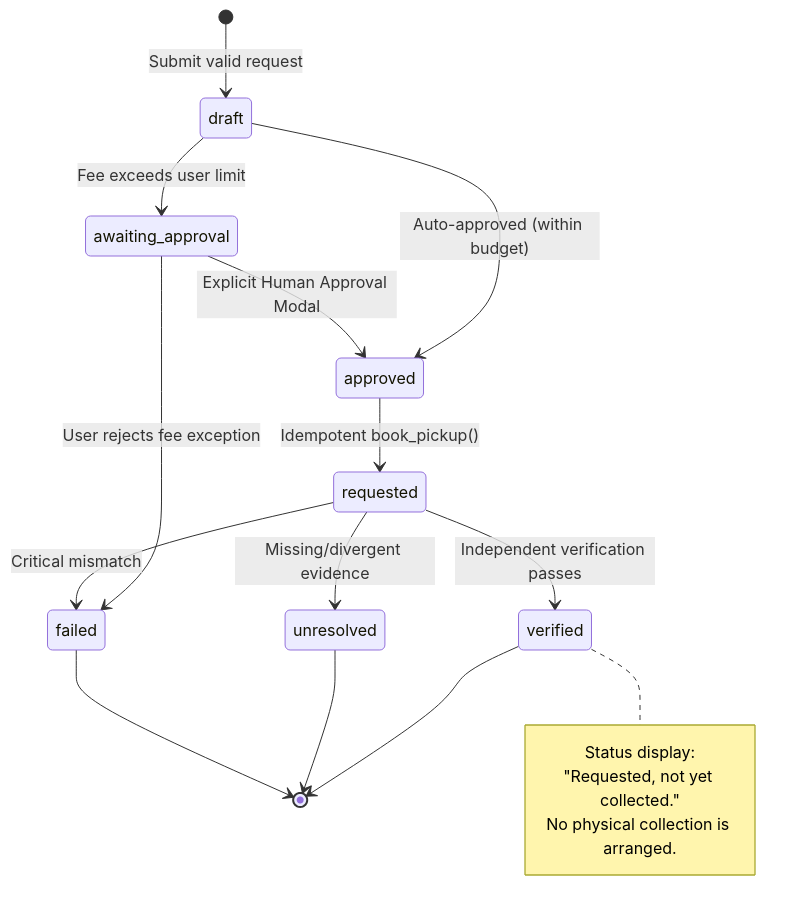
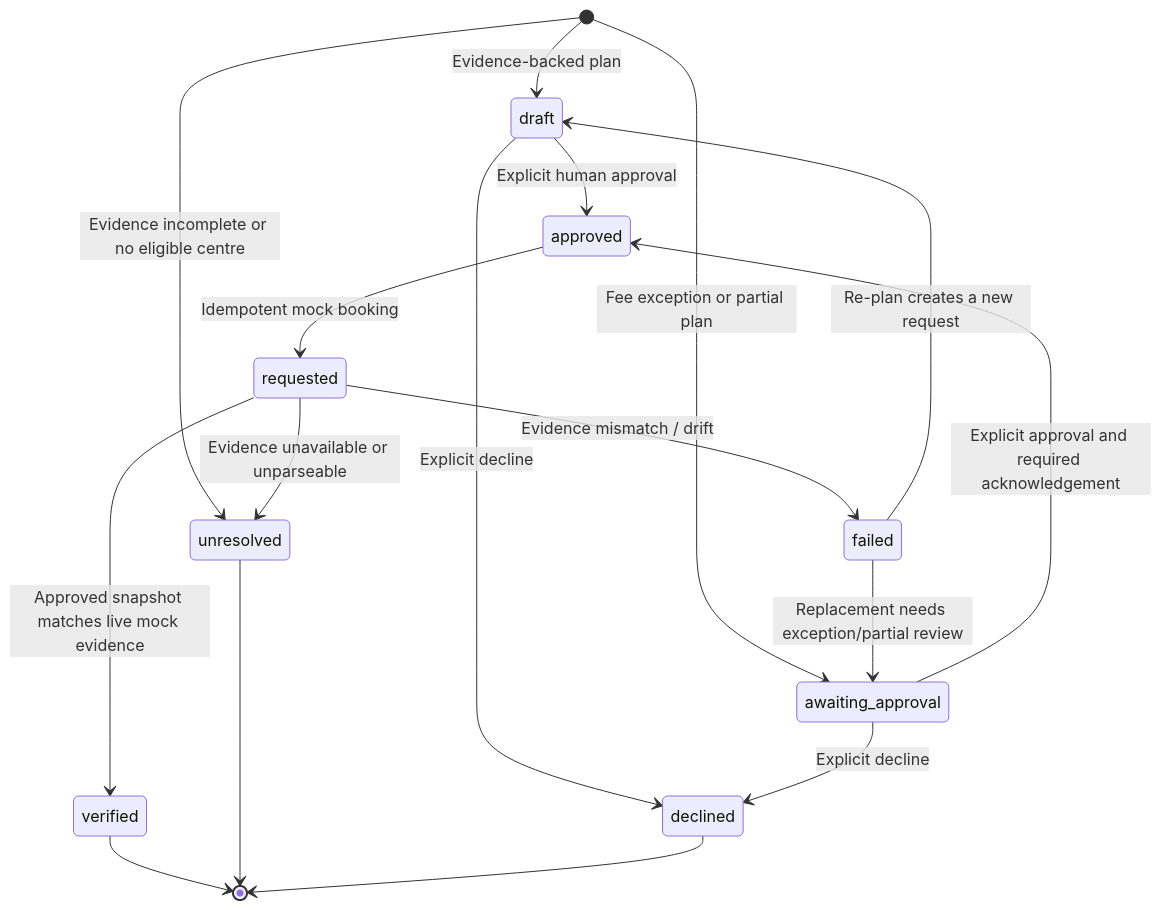
Before and after one commit to codebyraunak/reloop: the diagram in README.md, drawn with Mermaid. The commit also changed other lines of this file and 5 other files, not shown here.

````diff
--- a/README.md
+++ b/README.md
@@ -98,23 +96,19 @@
 ```mermaid
 stateDiagram-v2
-    [*] --> draft : Submit valid request
-    draft --> awaiting_approval : Fee exceeds user limit
-    draft --> approved : Auto-approved (within budget)
-    awaiting_approval --> approved : Explicit Human Approval Modal
-    awaiting_approval --> failed : User rejects fee exception
-
-    approved --> requested : Idempotent book_pickup()
-    requested --> verified : Independent verification passes
-    requested --> unresolved : Missing/divergent evidence
-    requested --> failed : Critical mismatch
-
+    [*] --> draft: Evidence-backed plan
+    [*] --> awaiting_approval: Fee exception or partial plan
+    [*] --> unresolved: Evidence incomplete or no eligible centre
+    draft --> approved: Explicit human approval
+    awaiting_approval --> approved: Explicit approval and required acknowledgement
+    draft --> declined: Explicit decline
+    awaiting_approval --> declined: Explicit decline
+    approved --> requested: Idempotent mock booking
+    requested --> verified: Approved snapshot matches live mock evidence
+    requested --> failed: Evidence mismatch / drift
+    requested --> unresolved: Evidence unavailable or unparseable
+    failed --> draft: Re-plan creates a new request
+    failed --> awaiting_approval: Replacement needs exception/partial review
     verified --> [*]
     unresolved --> [*]
-    failed --> [*]
-
-    note right of verified
-      Status display:
-      "Requested, not yet collected."
-      No physical collection is arranged.
-    end note
+    declined --> [*]
 ```
````
